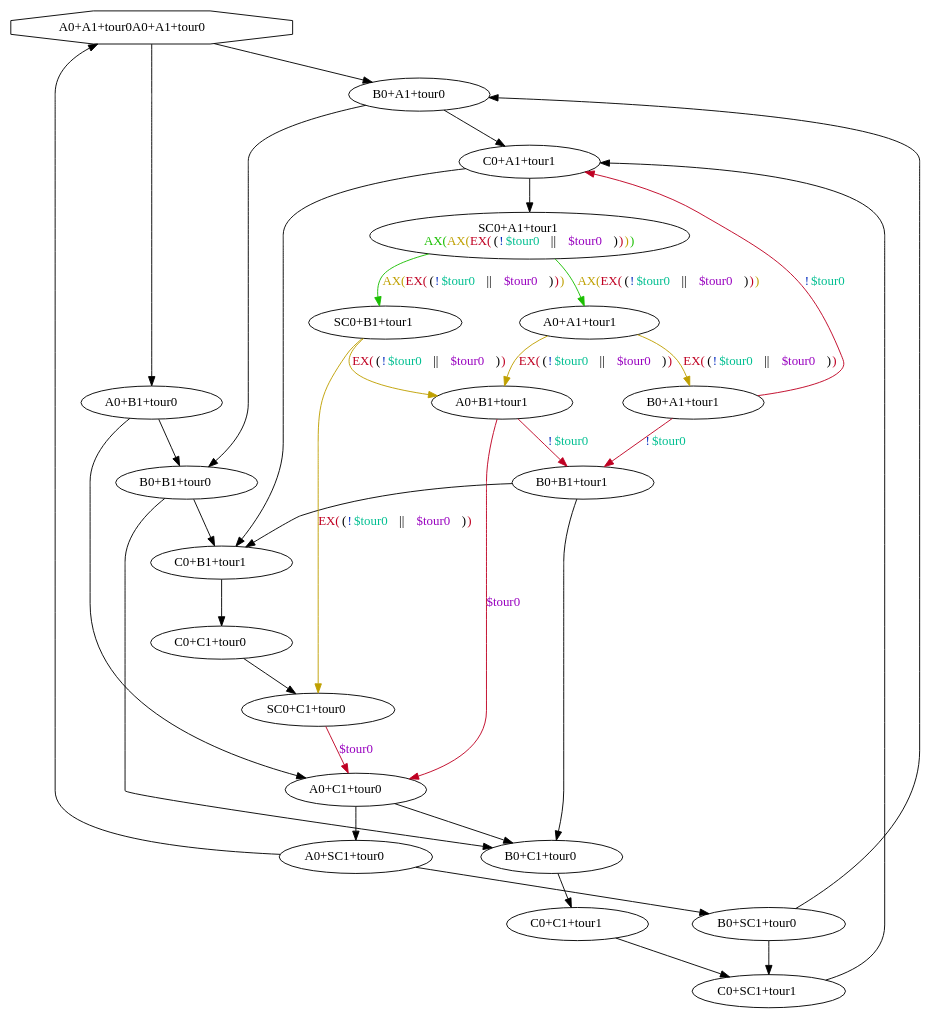
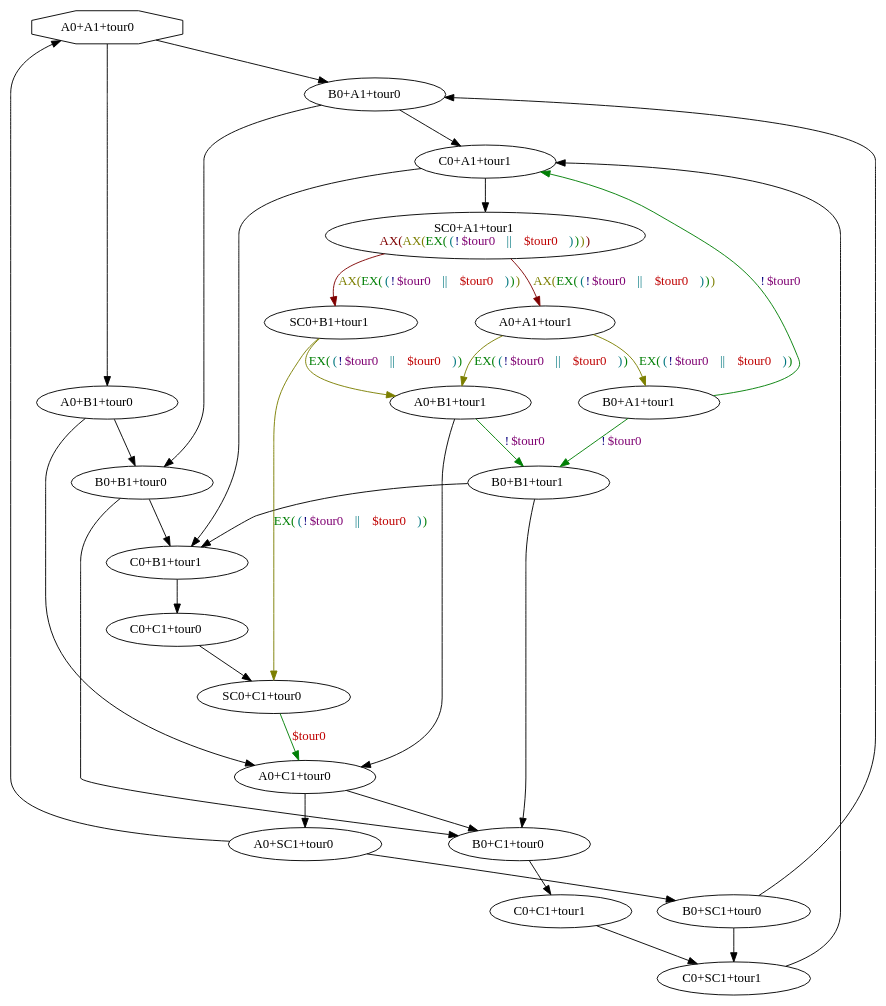
One commit to howiepowie/m1projctl2012g6 changed the diagram in test justifie 4.dot. Above: the diagram before and after it, drawn with Graphviz. The commit also changed 47 other files, not shown here.

```diff
--- a/test justifie 4.dot
+++ b/test justifie 4.dot
@@ -1,56 +1,56 @@
 digraph system {
-N0 [label=<A0+A1+tour0A0+A1+tour0>,shape=octagon]
+N0 [label=<A0+A1+tour0>,shape=octagon]
 N1 [label=<B0+A1+tour0>]
 N2 [label=<C0+A1+tour1>]
-N3 [label=<SC0+A1+tour1<BR/><FONT COLOR="0.30999985 1 0.75">AX(<FONT COLOR="0.13999987 1 0.75">AX(<FONT COLOR="0.9699999 1 0.75">EX(<FONT COLOR="black">(<FONT COLOR="0.6299999 1 0.75">!<FONT COLOR="0.45999986 1 0.75">$tour0</FONT></FONT> || <FONT COLOR="0.7999999 1 0.75">$tour0</FONT>)</FONT>)</FONT>)</FONT>)</FONT>>]
+N3 [label=<SC0+A1+tour1<BR/><FONT COLOR="0.0 1 0.5">AX(<FONT COLOR="0.17 1 0.5">AX(<FONT COLOR="0.34 1 0.5">EX(<FONT COLOR="0.51 1 0.5">(<FONT COLOR="0.68 1 0.5">!<FONT COLOR="0.85 1 0.5">$tour0</FONT></FONT> || <FONT COLOR="1.02 1 0.75">$tour0</FONT>)</FONT>)</FONT>)</FONT>)</FONT>>]
 N4 [label=<A0+A1+tour1>]
 N5 [label=<B0+A1+tour1>]
 N6 [label=<B0+B1+tour1>]
 N7 [label=<C0+B1+tour1>]
 N8 [label=<C0+C1+tour0>]
 N9 [label=<SC0+C1+tour0>]
 N10 [label=<A0+C1+tour0>]
 N11 [label=<B0+C1+tour0>]
 N12 [label=<C0+C1+tour1>]
 N13 [label=<C0+SC1+tour1>]
 N14 [label=<A0+SC1+tour0>]
 N15 [label=<B0+SC1+tour0>]
 N16 [label=<A0+B1+tour1>]
 N17 [label=<SC0+B1+tour1>]
 N18 [label=<B0+B1+tour0>]
 N19 [label=<A0+B1+tour0>]
 N0 -> N1
 N0 -> N19
 N1 -> N2
 N1 -> N18
 N2 -> N3
 N2 -> N7
 N6 -> N7
 N6 -> N11
 N7 -> N8
 N8 -> N9
 N10 -> N11
 N10 -> N14
 N11 -> N12
 N12 -> N13
 N13 -> N2
 N14 -> N15
 N14 -> N0
 N15 -> N13
 N15 -> N1
+N16 -> N10
 N18 -> N7
 N18 -> N11
 N19 -> N18
 N19 -> N10
-N17 -> N9 [color="0.13999987 1 0.75",label=<<FONT COLOR="0.9699999 1 0.75">EX(<FONT COLOR="black">(<FONT COLOR="0.6299999 1 0.75">!<FONT COLOR="0.45999986 1 0.75">$tour0</FONT></FONT> || <FONT COLOR="0.7999999 1 0.75">$tour0</FONT>)</FONT>)</FONT>>]
-N3 -> N4 [color="0.30999985 1 0.75",label=<<FONT COLOR="0.13999987 1 0.75">AX(<FONT COLOR="0.9699999 1 0.75">EX(<FONT COLOR="black">(<FONT COLOR="0.6299999 1 0.75">!<FONT COLOR="0.45999986 1 0.75">$tour0</FONT></FONT> || <FONT COLOR="0.7999999 1 0.75">$tour0</FONT>)</FONT>)</FONT>)</FONT>>]
-N5 -> N2 [color="0.9699999 1 0.75",label=<<FONT COLOR="0.6299999 1 0.75">!<FONT COLOR="0.45999986 1 0.75">$tour0</FONT></FONT>>]
-N5 -> N6 [color="0.9699999 1 0.75",label=<<FONT COLOR="0.6299999 1 0.75">!<FONT COLOR="0.45999986 1 0.75">$tour0</FONT></FONT>>]
-N3 -> N17 [color="0.30999985 1 0.75",label=<<FONT COLOR="0.13999987 1 0.75">AX(<FONT COLOR="0.9699999 1 0.75">EX(<FONT COLOR="black">(<FONT COLOR="0.6299999 1 0.75">!<FONT COLOR="0.45999986 1 0.75">$tour0</FONT></FONT> || <FONT COLOR="0.7999999 1 0.75">$tour0</FONT>)</FONT>)</FONT>)</FONT>>]
-N16 -> N10 [color="0.9699999 1 0.75",label=<<FONT COLOR="0.7999999 1 0.75">$tour0</FONT>>]
-N9 -> N10 [color="0.9699999 1 0.75",label=<<FONT COLOR="0.7999999 1 0.75">$tour0</FONT>>]
-N4 -> N16 [color="0.13999987 1 0.75",label=<<FONT COLOR="0.9699999 1 0.75">EX(<FONT COLOR="black">(<FONT COLOR="0.6299999 1 0.75">!<FONT COLOR="0.45999986 1 0.75">$tour0</FONT></FONT> || <FONT COLOR="0.7999999 1 0.75">$tour0</FONT>)</FONT>)</FONT>>]
-N17 -> N16 [color="0.13999987 1 0.75",label=<<FONT COLOR="0.9699999 1 0.75">EX(<FONT COLOR="black">(<FONT COLOR="0.6299999 1 0.75">!<FONT COLOR="0.45999986 1 0.75">$tour0</FONT></FONT> || <FONT COLOR="0.7999999 1 0.75">$tour0</FONT>)</FONT>)</FONT>>]
-N4 -> N5 [color="0.13999987 1 0.75",label=<<FONT COLOR="0.9699999 1 0.75">EX(<FONT COLOR="black">(<FONT COLOR="0.6299999 1 0.75">!<FONT COLOR="0.45999986 1 0.75">$tour0</FONT></FONT> || <FONT COLOR="0.7999999 1 0.75">$tour0</FONT>)</FONT>)</FONT>>]
-N16 -> N6 [color="0.9699999 1 0.75",label=<<FONT COLOR="0.6299999 1 0.75">!<FONT COLOR="0.45999986 1 0.75">$tour0</FONT></FONT>>]
+N16 -> N6 [color="0.34 1 0.5",label=<<FONT COLOR="0.68 1 0.5">!<FONT COLOR="0.85 1 0.5">$tour0</FONT></FONT>>]
+N4 -> N5 [color="0.17 1 0.5",label=<<FONT COLOR="0.34 1 0.5">EX(<FONT COLOR="0.51 1 0.5">(<FONT COLOR="0.68 1 0.5">!<FONT COLOR="0.85 1 0.5">$tour0</FONT></FONT> || <FONT COLOR="1.02 1 0.75">$tour0</FONT>)</FONT>)</FONT>>]
+N17 -> N16 [color="0.17 1 0.5",label=<<FONT COLOR="0.34 1 0.5">EX(<FONT COLOR="0.51 1 0.5">(<FONT COLOR="0.68 1 0.5">!<FONT COLOR="0.85 1 0.5">$tour0</FONT></FONT> || <FONT COLOR="1.02 1 0.75">$tour0</FONT>)</FONT>)</FONT>>]
+N17 -> N9 [color="0.17 1 0.5",label=<<FONT COLOR="0.34 1 0.5">EX(<FONT COLOR="0.51 1 0.5">(<FONT COLOR="0.68 1 0.5">!<FONT COLOR="0.85 1 0.5">$tour0</FONT></FONT> || <FONT COLOR="1.02 1 0.75">$tour0</FONT>)</FONT>)</FONT>>]
+N9 -> N10 [color="0.34 1 0.5",label=<<FONT COLOR="1.02 1 0.75">$tour0</FONT>>]
+N5 -> N2 [color="0.34 1 0.5",label=<<FONT COLOR="0.68 1 0.5">!<FONT COLOR="0.85 1 0.5">$tour0</FONT></FONT>>]
+N5 -> N6 [color="0.34 1 0.5",label=<<FONT COLOR="0.68 1 0.5">!<FONT COLOR="0.85 1 0.5">$tour0</FONT></FONT>>]
+N3 -> N17 [color="0.0 1 0.5",label=<<FONT COLOR="0.17 1 0.5">AX(<FONT COLOR="0.34 1 0.5">EX(<FONT COLOR="0.51 1 0.5">(<FONT COLOR="0.68 1 0.5">!<FONT COLOR="0.85 1 0.5">$tour0</FONT></FONT> || <FONT COLOR="1.02 1 0.75">$tour0</FONT>)</FONT>)</FONT>)</FONT>>]
+N4 -> N16 [color="0.17 1 0.5",label=<<FONT COLOR="0.34 1 0.5">EX(<FONT COLOR="0.51 1 0.5">(<FONT COLOR="0.68 1 0.5">!<FONT COLOR="0.85 1 0.5">$tour0</FONT></FONT> || <FONT COLOR="1.02 1 0.75">$tour0</FONT>)</FONT>)</FONT>>]
+N3 -> N4 [color="0.0 1 0.5",label=<<FONT COLOR="0.17 1 0.5">AX(<FONT COLOR="0.34 1 0.5">EX(<FONT COLOR="0.51 1 0.5">(<FONT COLOR="0.68 1 0.5">!<FONT COLOR="0.85 1 0.5">$tour0</FONT></FONT> || <FONT COLOR="1.02 1 0.75">$tour0</FONT>)</FONT>)</FONT>)</FONT>>]
 }
```
